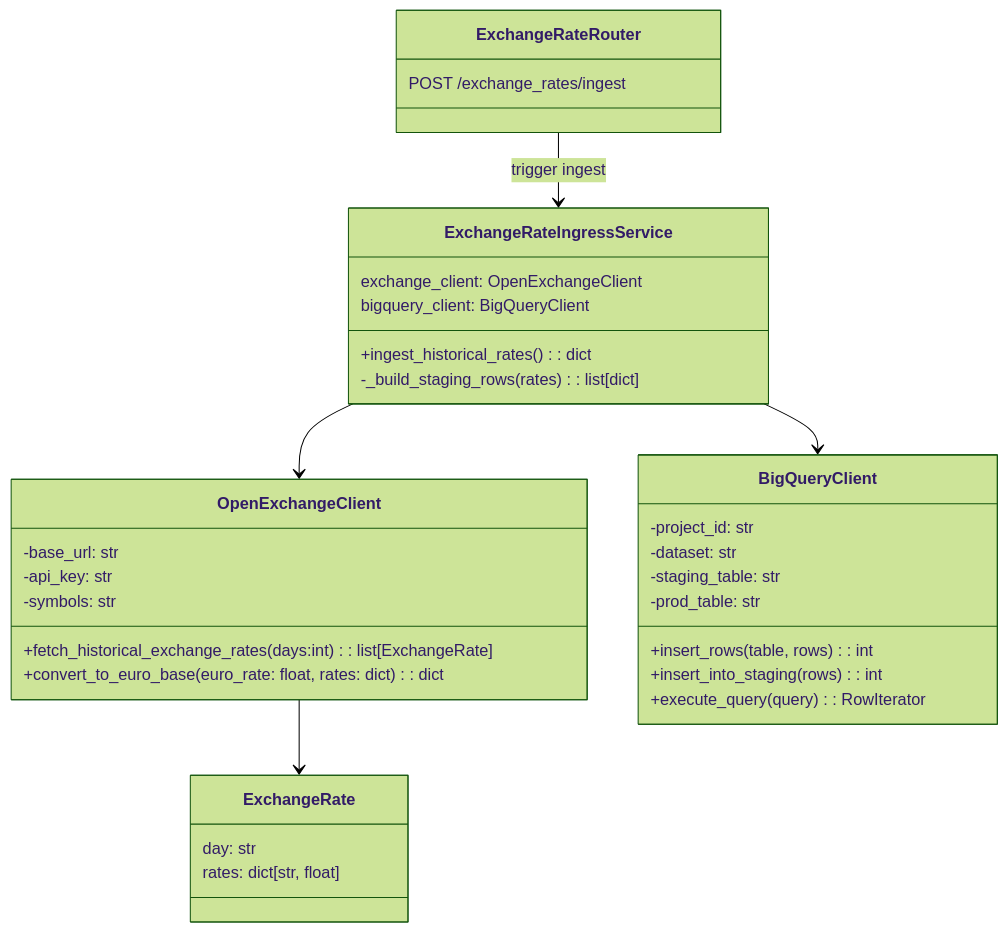
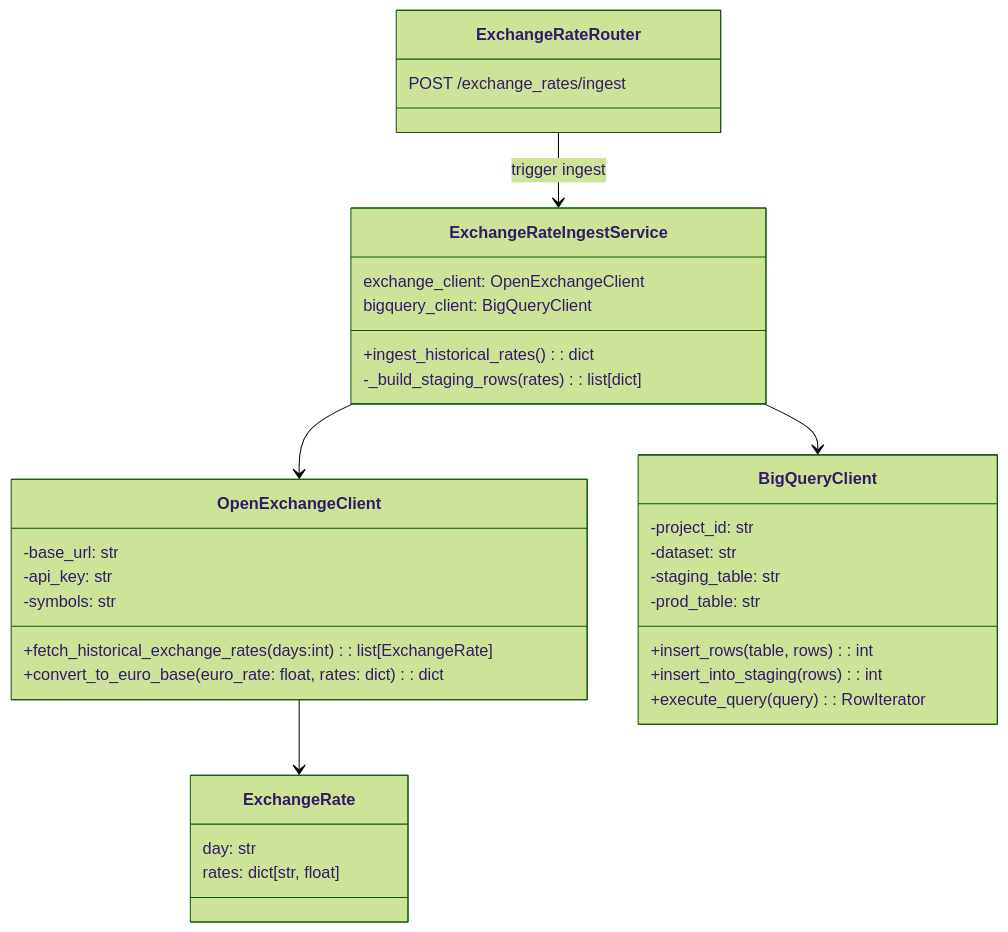
Before and after one commit to JustinMelger/exchange-rate-service: the second of 2 diagrams in architecture.md, drawn with Mermaid (forest theme). The commit also changed other lines of this file and 6 other files, not shown here.

Commit message:
refactor: update router response, change service name

````diff
--- a/architecture.md
+++ b/architecture.md
@@ -28,41 +28,41 @@
 ```mermaid
 classDiagram
     class OpenExchangeClient {
         -base_url: str
         -api_key: str
         -symbols: str
         +fetch_historical_exchange_rates(days:int): list[ExchangeRate]
         +convert_to_euro_base(euro_rate: float, rates: dict): dict
     }
 
     class ExchangeRate {
         day: str
         rates: dict[str, float]
     }
 
     class BigQueryClient {
         -project_id: str
         -dataset: str
         -staging_table: str
         -prod_table: str
         +insert_rows(table, rows): int
         +insert_into_staging(rows): int
         +execute_query(query): RowIterator
     }
 
-    class ExchangeRateIngressService {
+    class ExchangeRateIngestService {
         exchange_client: OpenExchangeClient
         bigquery_client: BigQueryClient
         +ingest_historical_rates(): dict
         -_build_staging_rows(rates): list[dict]
     }
 
     class ExchangeRateRouter {
         POST /exchange_rates/ingest
     }
 
-    ExchangeRateIngressService --> OpenExchangeClient
-    ExchangeRateIngressService --> BigQueryClient
+    ExchangeRateIngestService --> OpenExchangeClient
+    ExchangeRateIngestService --> BigQueryClient
     OpenExchangeClient --> ExchangeRate
-    ExchangeRateRouter --> ExchangeRateIngressService : trigger ingest
+    ExchangeRateRouter --> ExchangeRateIngestService : trigger ingest
 ```
````
